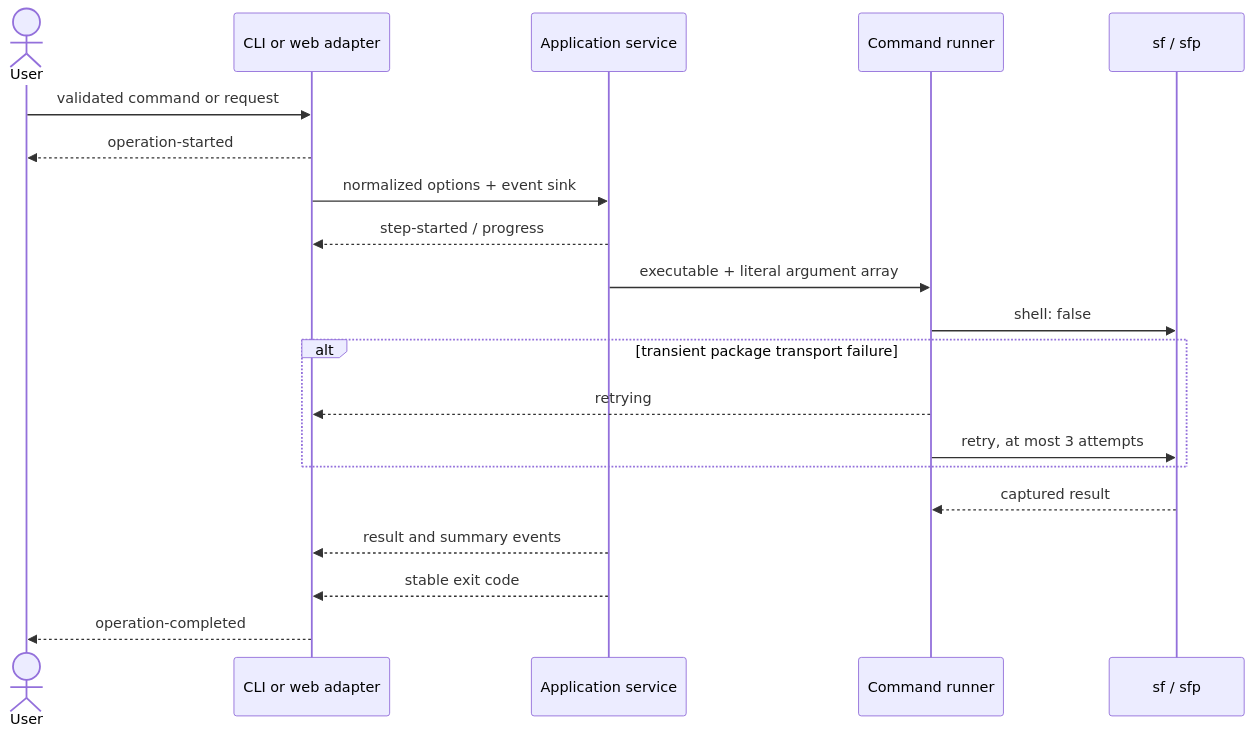
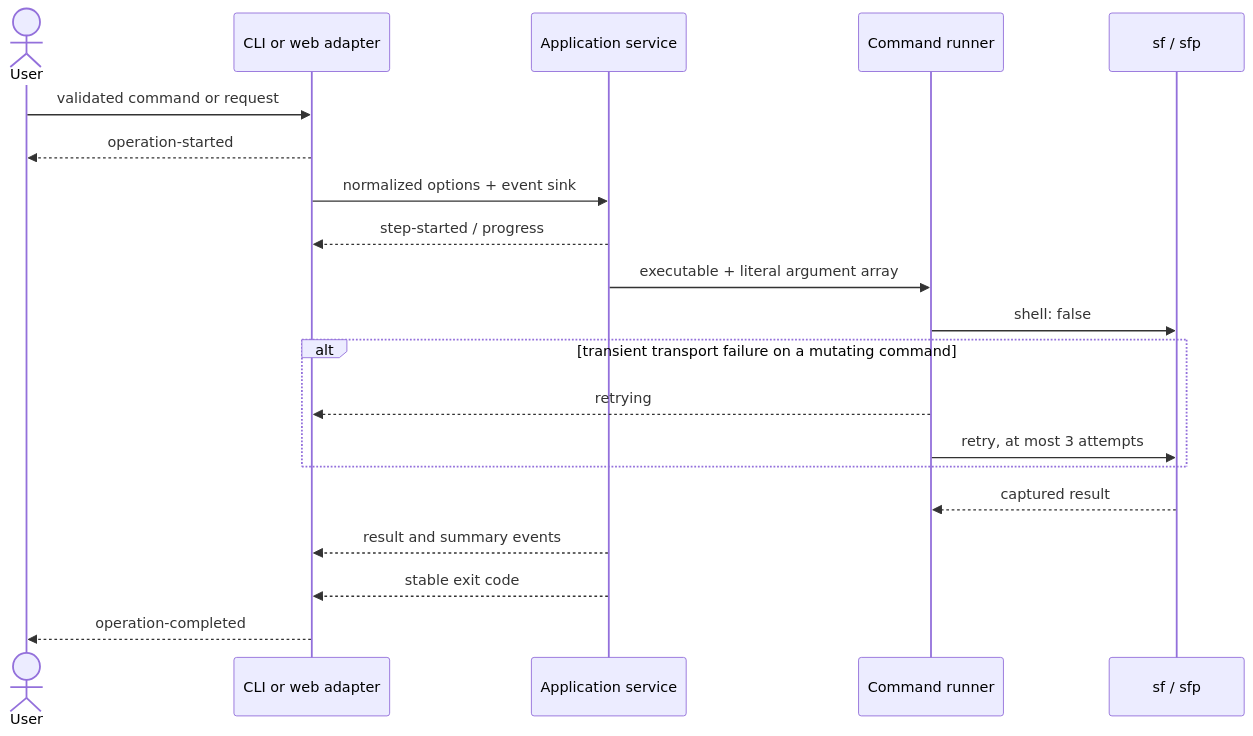
Before and after one commit to navikt/crm-arbeidsforhold: the second of 3 diagrams in tools/salesforce-project-cli/docs/architecture.md, drawn with Mermaid. The commit also changed other lines of this file and 5 other files, not shown here.

Commit message:
feat(docs): enhance architecture and CLI documentation with timeout, retry, and cancellation details

````diff
--- a/tools/salesforce-project-cli/docs/architecture.md
+++ b/tools/salesforce-project-cli/docs/architecture.md
@@ -61,23 +61,23 @@
 ```mermaid
 sequenceDiagram
     actor User
     participant Adapter as CLI or web adapter
     participant Service as Application service
     participant Runner as Command runner
     participant SF as sf / sfp
 
     User->>Adapter: validated command or request
     Adapter-->>User: operation-started
     Adapter->>Service: normalized options + event sink
     Service-->>Adapter: step-started / progress
     Service->>Runner: executable + literal argument array
     Runner->>SF: shell: false
-    alt transient package transport failure
+    alt transient transport failure on a mutating command
         Runner-->>Adapter: retrying
         Runner->>SF: retry, at most 3 attempts
     end
     SF-->>Runner: captured result
     Service-->>Adapter: result and summary events
     Service-->>Adapter: stable exit code
     Adapter-->>User: operation-completed
 ```
````
